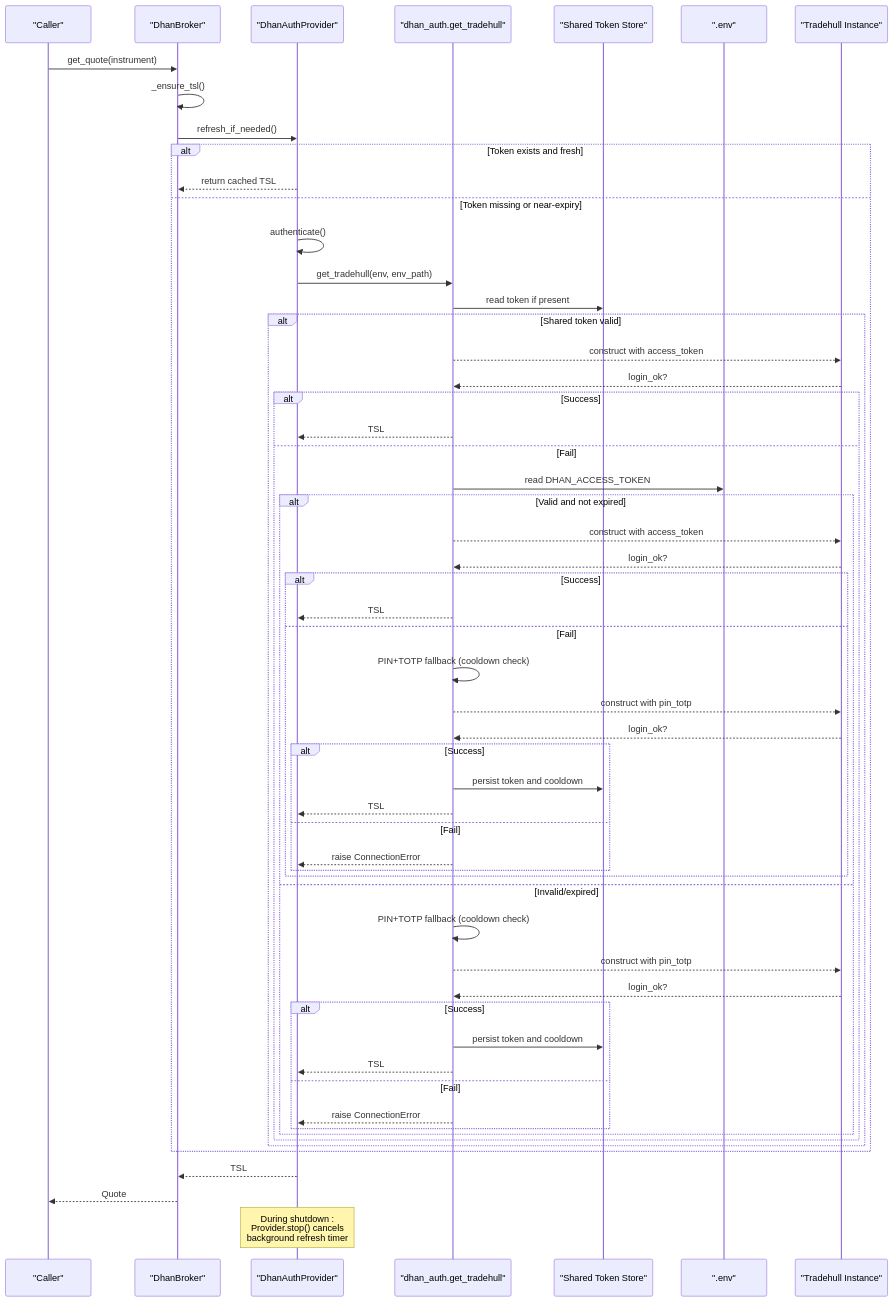
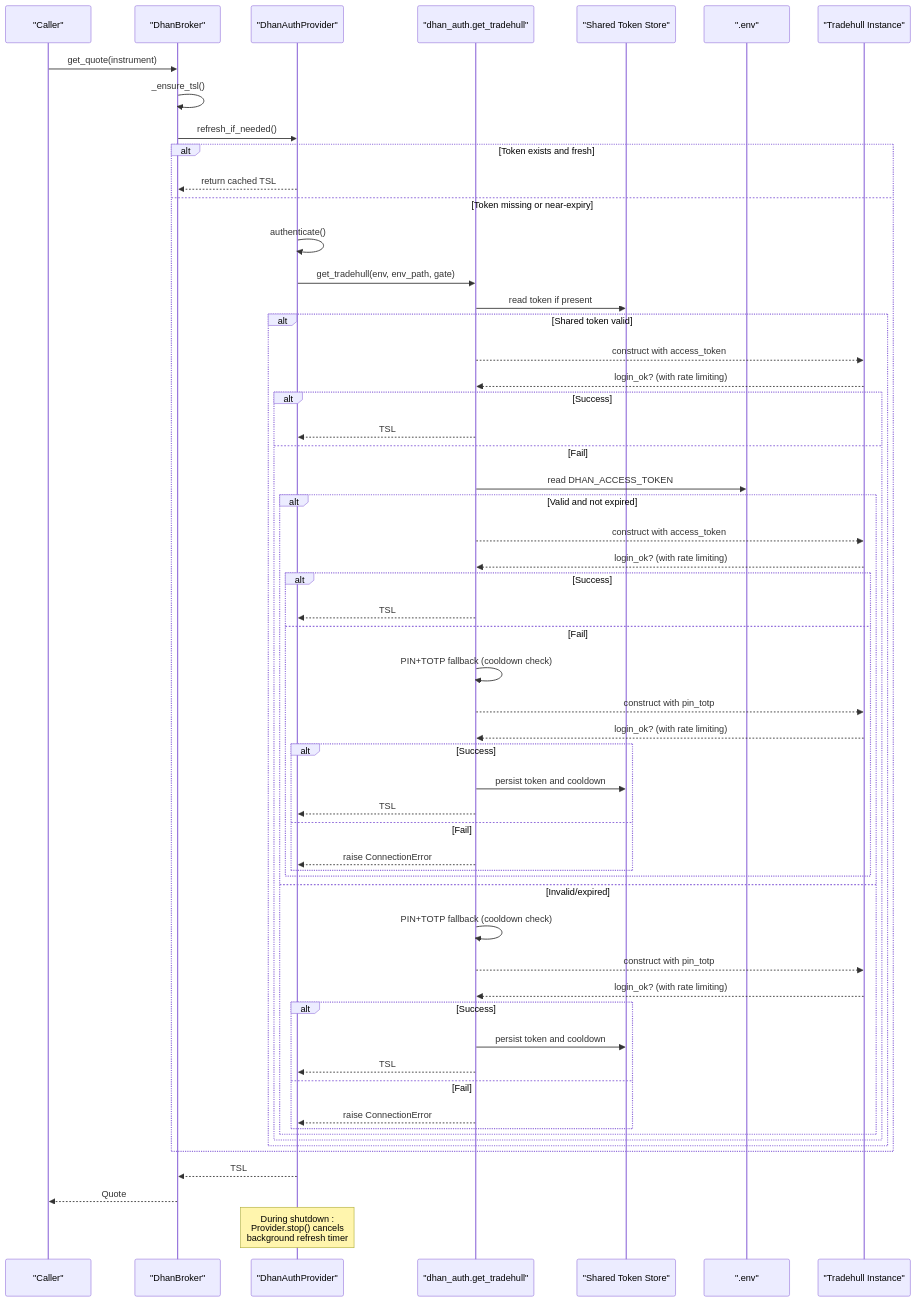
One commit to Ganesh-Kusundal/nTrade changed the third of 9 diagrams in .qoder/repowiki/en/content/Broker Integration/Authentication & Security.md. Above: the diagram before and after it, drawn with Mermaid. The commit also changed other lines of this file and 203 other files, not shown here.

First line of the commit message:
review findings sweep: depth retry, LTP failure guard, stale-refresh fix, rate-gate blocked heuristic

````diff
--- a/.qoder/repowiki/en/content/Broker Integration/Authentication & Security.md
+++ b/.qoder/repowiki/en/content/Broker Integration/Authentication & Security.md
@@ -283,59 +290,59 @@
 ```mermaid
 sequenceDiagram
 participant Client as "Caller"
 participant Broker as "DhanBroker"
 participant Provider as "DhanAuthProvider"
 participant Helper as "dhan_auth.get_tradehull"
 participant Store as "Shared Token Store"
 participant Env as ".env"
 participant TSL as "Tradehull Instance"
 Client->>Broker : get_quote(instrument)
 Broker->>Broker : _ensure_tsl()
 Broker->>Provider : refresh_if_needed()
 alt Token exists and fresh
 Provider-->>Broker : return cached TSL
 else Token missing or near-expiry
 Provider->>Provider : authenticate()
-Provider->>Helper : get_tradehull(env, env_path)
+Provider->>Helper : get_tradehull(env, env_path, gate)
 Helper->>Store : read token if present
 alt Shared token valid
 Helper-->>TSL : construct with access_token
-TSL-->>Helper : login_ok?
+TSL-->>Helper : login_ok? (with rate limiting)
 alt Success
 Helper-->>Provider : TSL
 else Fail
 Helper->>Env : read DHAN_ACCESS_TOKEN
 alt Valid and not expired
 Helper-->>TSL : construct with access_token
-TSL-->>Helper : login_ok?
+TSL-->>Helper : login_ok? (with rate limiting)
 alt Success
 Helper-->>Provider : TSL
 else Fail
 Helper->>Helper : PIN+TOTP fallback (cooldown check)
 Helper-->>TSL : construct with pin_totp
-TSL-->>Helper : login_ok?
+TSL-->>Helper : login_ok? (with rate limiting)
 alt Success
 Helper->>Store : persist token and cooldown
 Helper-->>Provider : TSL
 else Fail
 Helper-->>Provider : raise ConnectionError
 end
 end
 else Invalid/expired
 Helper->>Helper : PIN+TOTP fallback (cooldown check)
 Helper-->>TSL : construct with pin_totp
-TSL-->>Helper : login_ok?
+TSL-->>Helper : login_ok? (with rate limiting)
 alt Success
 Helper->>Store : persist token and cooldown
 Helper-->>Provider : TSL
 else Fail
 Helper-->>Provider : raise ConnectionError
 end
 end
 end
 end
 end
 Provider-->>Broker : TSL
 Broker-->>Client : Quote
 Note over Provider : During shutdown : <br/>Provider.stop() cancels<br/>background refresh timer
 ```
````
